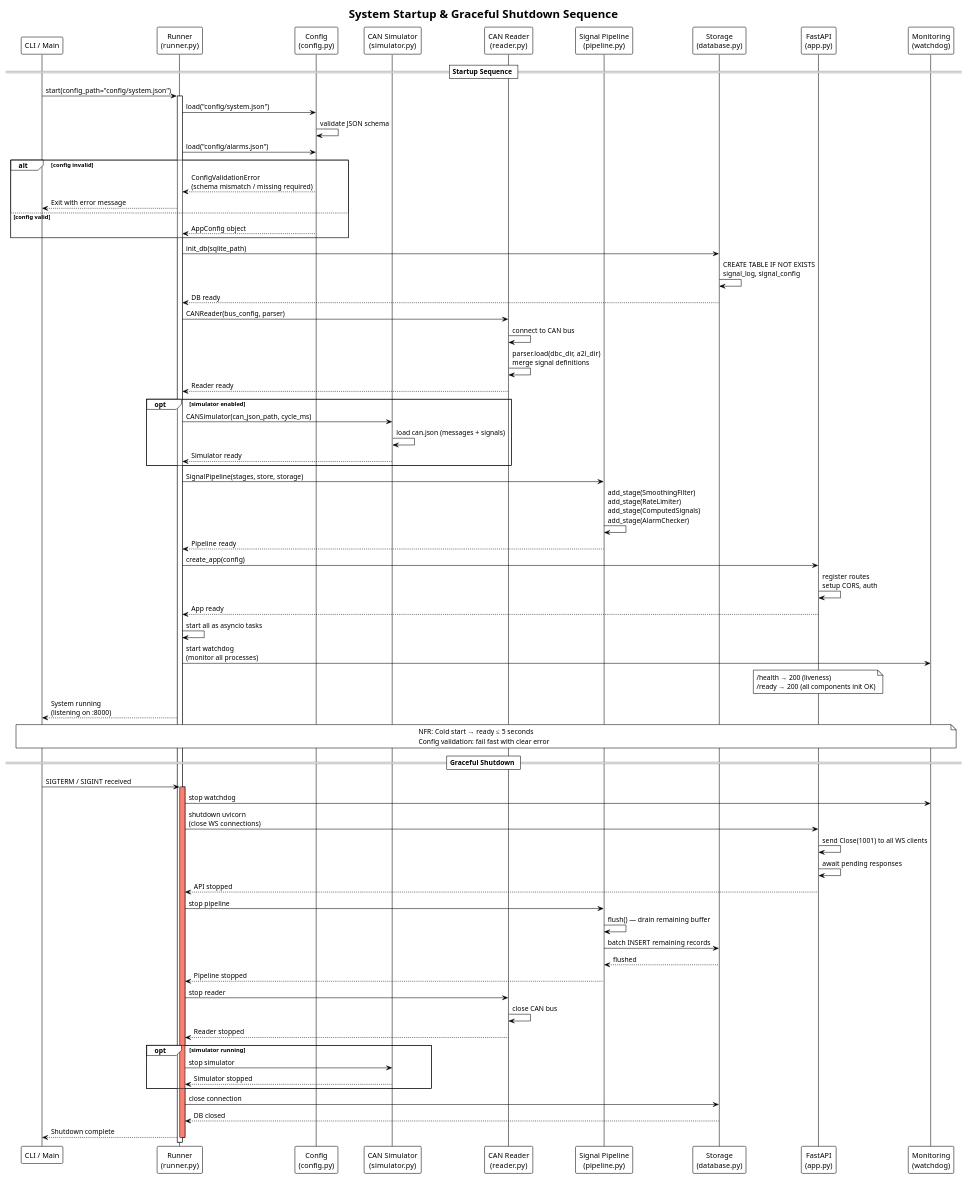
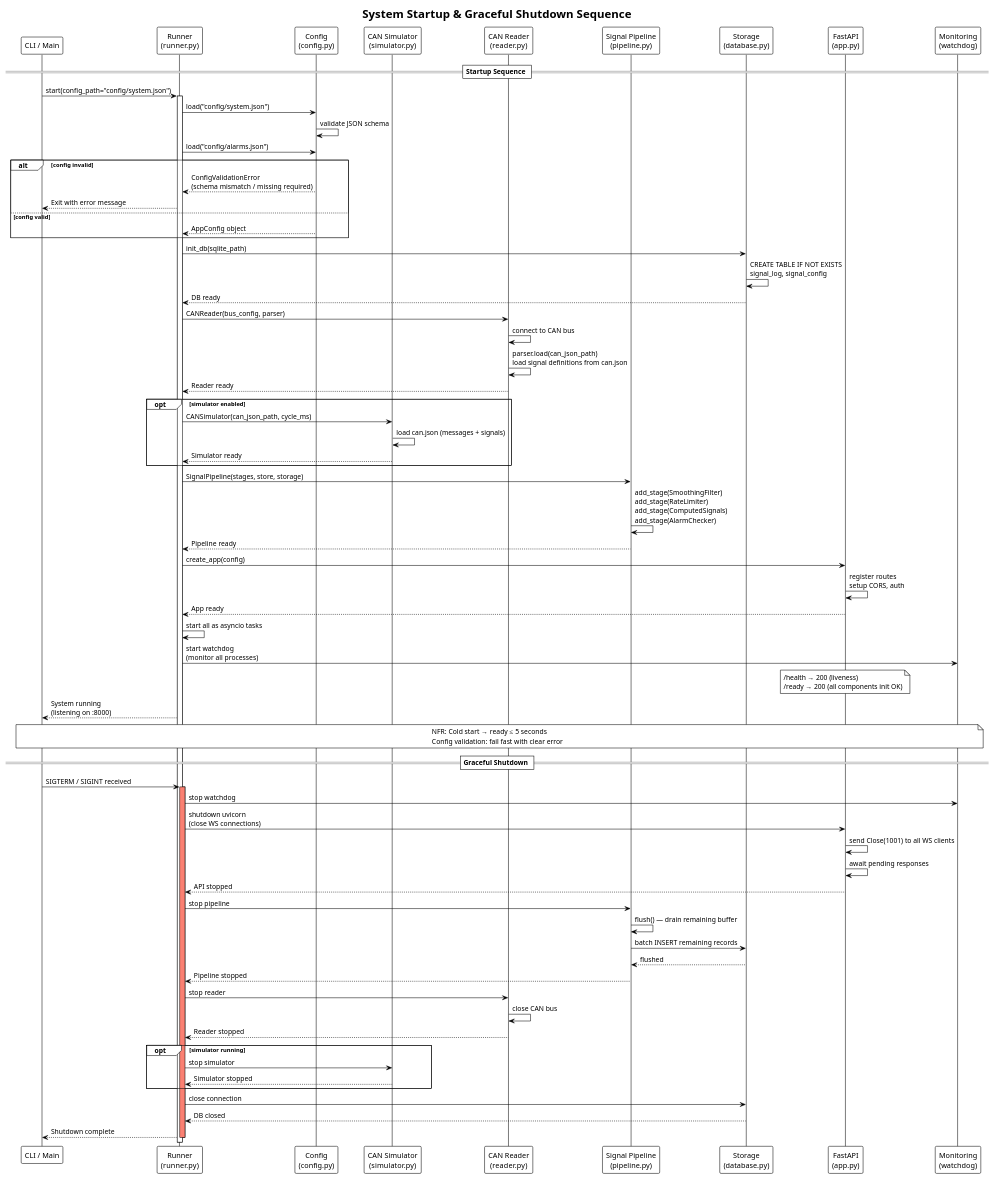
The diagram in diagram/13_sequence_startup_shutdown.puml (3tdn/car-hmi), drawn with PlantUML before and after one commit. The commit also changed 28 other files, not shown here.

Commit message:
can_io chỉ sử dụng can.json đã qua xử lý, không dùng từ can dbc nữa

```diff
--- a/diagram/13_sequence_startup_shutdown.puml
+++ b/diagram/13_sequence_startup_shutdown.puml
@@ -1,96 +1,96 @@
 @startuml Sequence - System Startup
 !theme plain
 title System Startup & Graceful Shutdown Sequence
 
 participant "CLI / Main" as cli
 participant "Runner\n(runner.py)" as runner
 participant "Config\n(config.py)" as config
 participant "CAN Simulator\n(simulator.py)" as sim
 participant "CAN Reader\n(reader.py)" as reader
 participant "Signal Pipeline\n(pipeline.py)" as pipe
 participant "Storage\n(database.py)" as db
 participant "FastAPI\n(app.py)" as api
 participant "Monitoring\n(watchdog)" as mon
 
 == Startup Sequence ==
 
 cli -> runner : start(config_path="config/system.json")
 activate runner
 
 runner -> config : load("config/system.json")
 config -> config : validate JSON schema
 runner -> config : load("config/alarms.json")
 alt config invalid
     config --> runner : ConfigValidationError\n(schema mismatch / missing required)
     runner --> cli : Exit with error message
 else config valid
     config --> runner : AppConfig object
 end
 
 runner -> db : init_db(sqlite_path)
 db -> db : CREATE TABLE IF NOT EXISTS\nsignal_log, signal_config
 db --> runner : DB ready
 
 runner -> reader : CANReader(bus_config, parser)
 reader -> reader : connect to CAN bus
-reader -> reader : parser.load(dbc_dir, a2l_dir)\nmerge signal definitions
+reader -> reader : parser.load(can_json_path)\nload signal definitions from can.json
 reader --> runner : Reader ready
 
 opt simulator enabled
     runner -> sim : CANSimulator(can_json_path, cycle_ms)
     sim -> sim : load can.json (messages + signals)
     sim --> runner : Simulator ready
 end
 
 runner -> pipe : SignalPipeline(stages, store, storage)
 pipe -> pipe : add_stage(SmoothingFilter)\nadd_stage(RateLimiter)\nadd_stage(ComputedSignals)\nadd_stage(AlarmChecker)
 pipe --> runner : Pipeline ready
 
 runner -> api : create_app(config)
 api -> api : register routes\nsetup CORS, auth
 api --> runner : App ready
 
 runner -> runner : start all as asyncio tasks
 runner -> mon : start watchdog\n(monitor all processes)
 
 note over api : /health → 200 (liveness)\n/ready → 200 (all components init OK)
 runner --> cli : System running\n(listening on :8000)
 
 note over cli, mon
   NFR: Cold start → ready ≤ 5 seconds
   Config validation: fail fast with clear error
 end note
 
 == Graceful Shutdown ==
 
 cli -> runner : SIGTERM / SIGINT received
 activate runner #salmon
 
 runner -> mon : stop watchdog
 runner -> api : shutdown uvicorn\n(close WS connections)
 api -> api : send Close(1001) to all WS clients
 api -> api : await pending responses
 api --> runner : API stopped
 
 runner -> pipe : stop pipeline
 pipe -> pipe : flush() — drain remaining buffer
 pipe -> db : batch INSERT remaining records
 db --> pipe : flushed
 pipe --> runner : Pipeline stopped
 
 runner -> reader : stop reader
 reader -> reader : close CAN bus
 reader --> runner : Reader stopped
 
 opt simulator running
     runner -> sim : stop simulator
     sim --> runner : Simulator stopped
 end
 
 runner -> db : close connection
 db --> runner : DB closed
 
 runner --> cli : Shutdown complete
 deactivate runner
 
 @enduml
```
